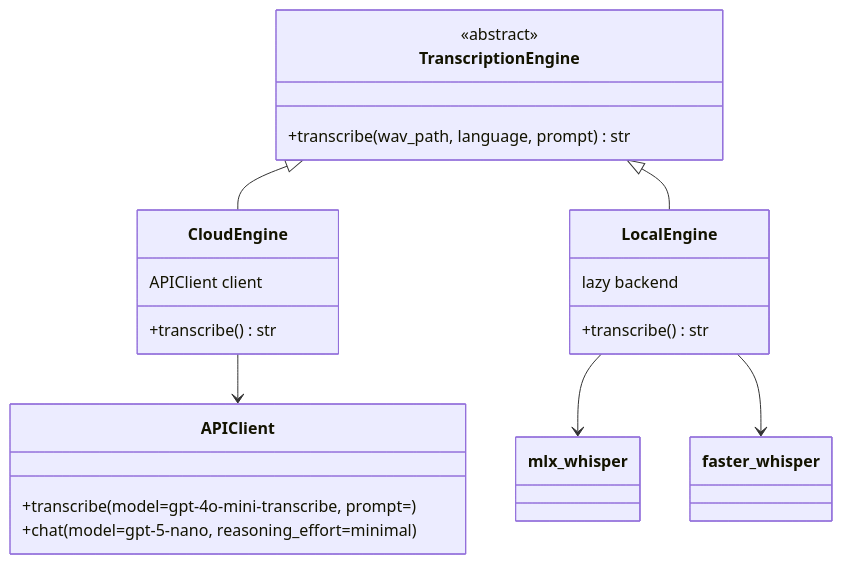
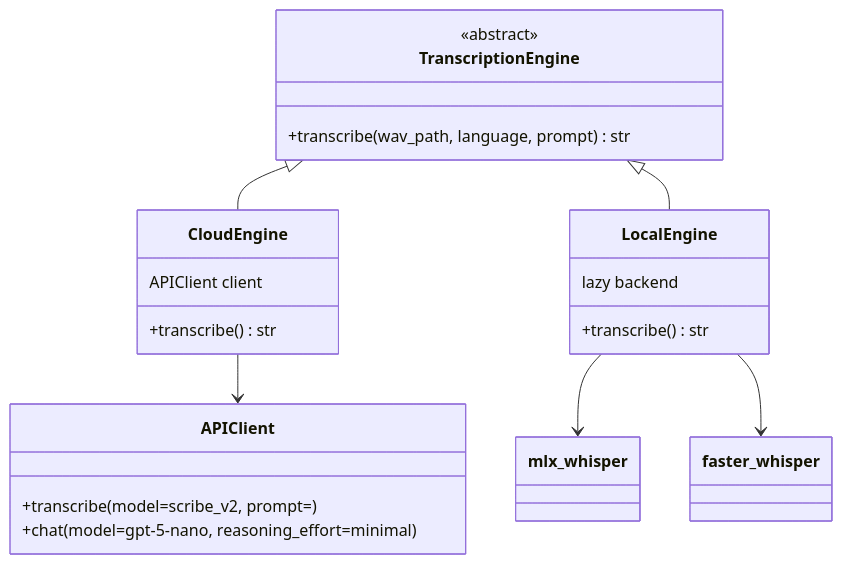
One commit to romiteld/yapper changed the fourth of 6 diagrams in docs/ARCHITECTURE.md. Above: the diagram before and after it, drawn with Mermaid. The commit also changed other lines of this file and 15 other files, not shown here.

````diff
--- a/docs/ARCHITECTURE.md
+++ b/docs/ARCHITECTURE.md
@@ -145,24 +145,24 @@
 ```mermaid
 classDiagram
     class TranscriptionEngine {
         <<abstract>>
         +transcribe(wav_path, language, prompt) str
     }
     class CloudEngine {
         APIClient client
         +transcribe() str
     }
     class LocalEngine {
         lazy backend
         +transcribe() str
     }
     class APIClient {
-        +transcribe(model=gpt-4o-mini-transcribe, prompt=)
+        +transcribe(model=scribe_v2, prompt=)
         +chat(model=gpt-5-nano, reasoning_effort=minimal)
     }
     TranscriptionEngine <|-- CloudEngine
     TranscriptionEngine <|-- LocalEngine
     CloudEngine --> APIClient
     LocalEngine --> mlx_whisper
     LocalEngine --> faster_whisper
 ```
````
